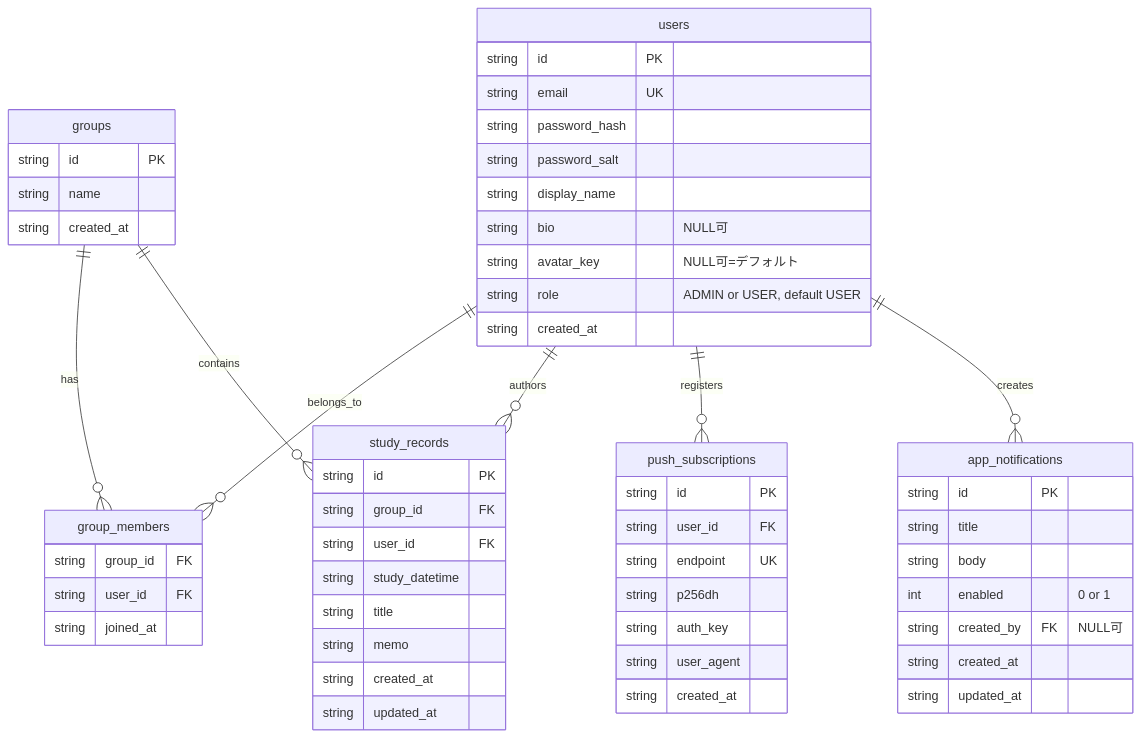
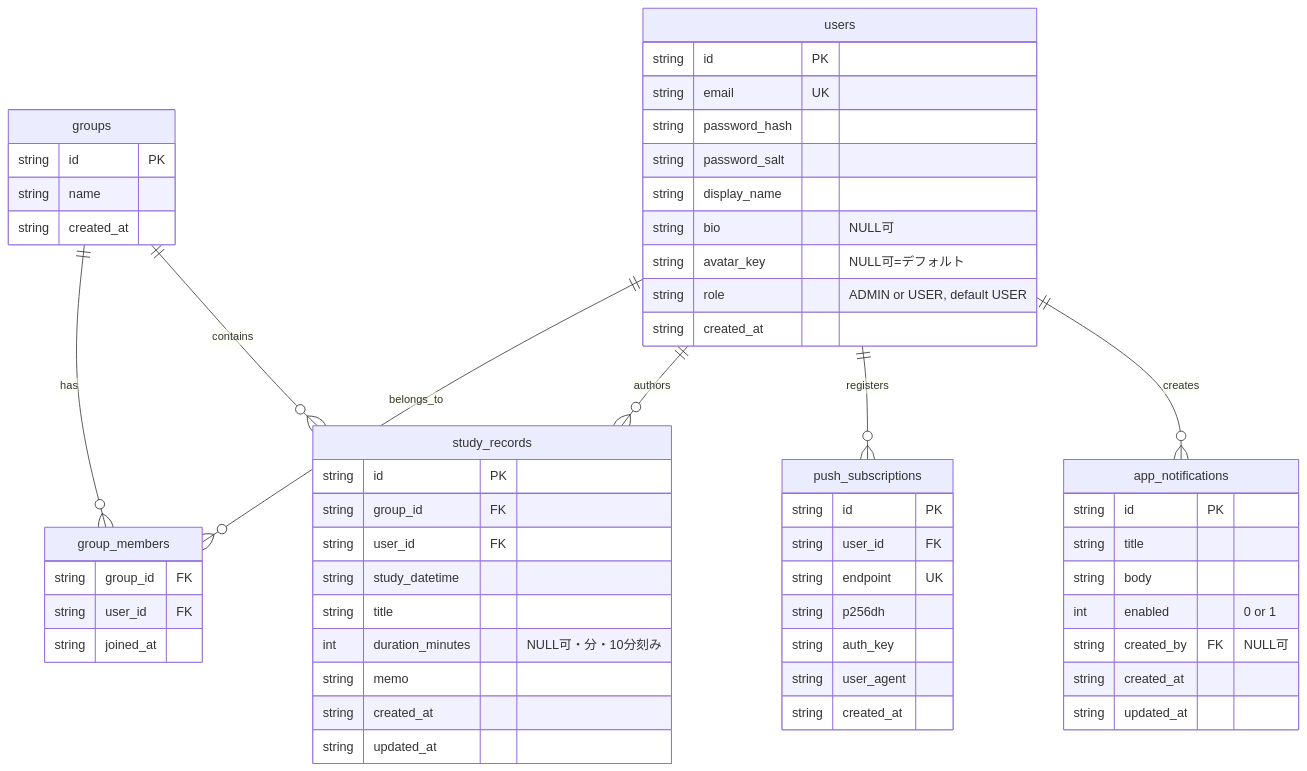
One commit to Hossori/shared-study-logger changed the diagram in docs/data-model.md. Above: the diagram before and after it, drawn with Mermaid. The commit also changed other lines of this file and 24 other files, not shown here.

````diff
--- a/docs/data-model.md
+++ b/docs/data-model.md
@@ -8,59 +8,60 @@
 ```mermaid
 erDiagram
   users ||--o{ group_members : belongs_to
   groups ||--o{ group_members : has
   groups ||--o{ study_records : contains
   users ||--o{ study_records : authors
   users ||--o{ push_subscriptions : registers
   users ||--o{ app_notifications : creates
 
   users {
     string id PK
     string email UK
     string password_hash
     string password_salt
     string display_name
     string bio "NULL可"
     string avatar_key "NULL可=デフォルト"
     string role "ADMIN or USER, default USER"
     string created_at
   }
   groups {
     string id PK
     string name
     string created_at
   }
   group_members {
     string group_id FK
     string user_id FK
     string joined_at
   }
   study_records {
     string id PK
     string group_id FK
     string user_id FK
     string study_datetime
     string title
+    int duration_minutes "NULL可・分・10分刻み"
     string memo
     string created_at
     string updated_at
   }
   push_subscriptions {
     string id PK
     string user_id FK
     string endpoint UK
     string p256dh
     string auth_key
     string user_agent
     string created_at
   }
   app_notifications {
     string id PK
     string title
     string body
     int enabled "0 or 1"
     string created_by FK "NULL可"
     string created_at
     string updated_at
   }
 ```
````
